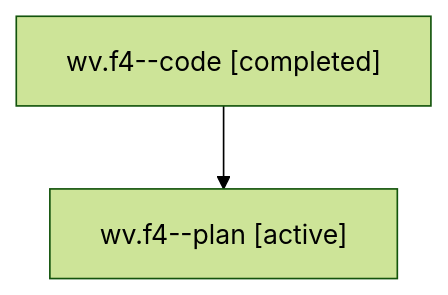
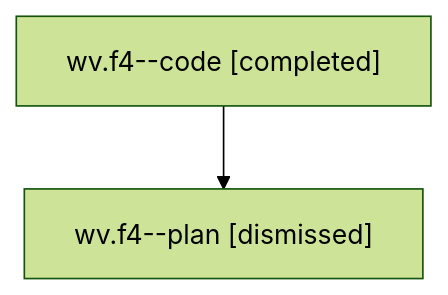
Before and after one commit to sase-org/sase--agents: the diagram in sessions/bbugyi200.athena.wv.f4.md, drawn with Mermaid (forest theme). The commit also changed other lines of this file and 42 other files, not shown here.

````diff
--- a/sessions/bbugyi200.athena.wv.f4.md
+++ b/sessions/bbugyi200.athena.wv.f4.md
@@ -9,6 +9,6 @@
 ```mermaid
 flowchart TD
   n0["wv.f4--code [completed]"]
-  n1["wv.f4--plan [active]"]
+  n1["wv.f4--plan [dismissed]"]
   n0 --> n1
 ```
````
